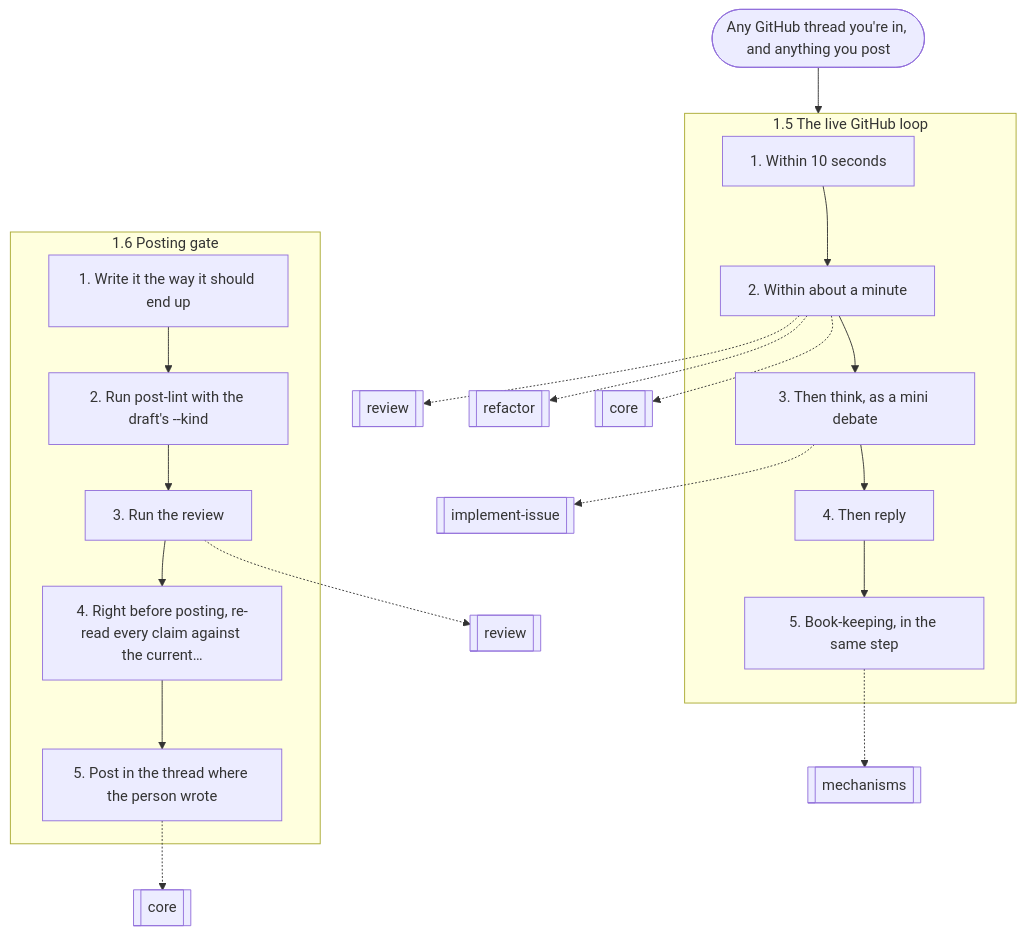
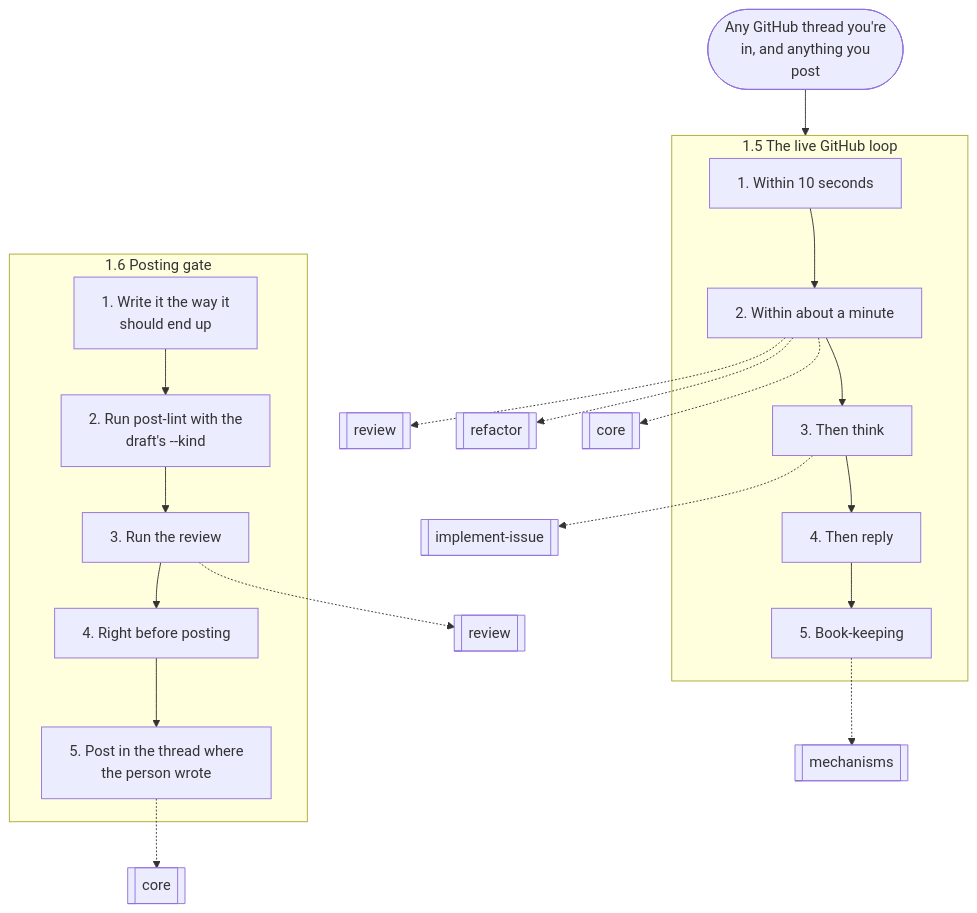
Before and after one commit to nitedani/mergeworthy: the third of 14 diagrams in docs/graphs.md, drawn with Mermaid. The commit also changed other lines of this file and 1 other file, not shown here.

First line of the commit message:
Graphs: short labels wrapped into lines, so GitHub doesn't cut them off

````diff
--- a/docs/graphs.md
+++ b/docs/graphs.md
@@ -87,35 +87,35 @@
 ```mermaid
 flowchart TB
-  start(["Any GitHub thread you're in, and anything you post"])
+  start(["Any GitHub thread you're<br/>in, and anything you<br/>post"])
   subgraph g0["1.5 The live GitHub loop"]
     s0["1. Within 10 seconds"]
     s1["2. Within about a minute"]
     s0 --> s1
-    s2["3. Then think, as a mini debate"]
+    s2["3. Then think"]
     s1 --> s2
     s3["4. Then reply"]
     s2 --> s3
-    s4["5. Book-keeping, in the same step"]
+    s4["5. Book-keeping"]
     s3 --> s4
   end
   s1 -.-> r1[["review"]]
   s1 -.-> r2[["refactor"]]
   s1 -.-> r3[["core"]]
   s2 -.-> r4[["implement-issue"]]
   s4 -.-> r5[["mechanisms"]]
   subgraph g1["1.6 Posting gate"]
-    s5["1. Write it the way it should end up"]
-    s6["2. Run post-lint with the draft's --kind"]
+    s5["1. Write it the way it<br/>should end up"]
+    s6["2. Run post-lint with the<br/>draft's --kind"]
     s5 --> s6
     s7["3. Run the review"]
     s6 --> s7
-    s8["4. Right before posting, re-read every claim against the current…"]
+    s8["4. Right before posting"]
     s7 --> s8
-    s9["5. Post in the thread where the person wrote"]
+    s9["5. Post in the thread where<br/>the person wrote"]
     s8 --> s9
   end
   s7 -.-> r6[["review"]]
   s9 -.-> r7[["core"]]
   start --> g0
   g0 ~~~ g1
 ```
````
